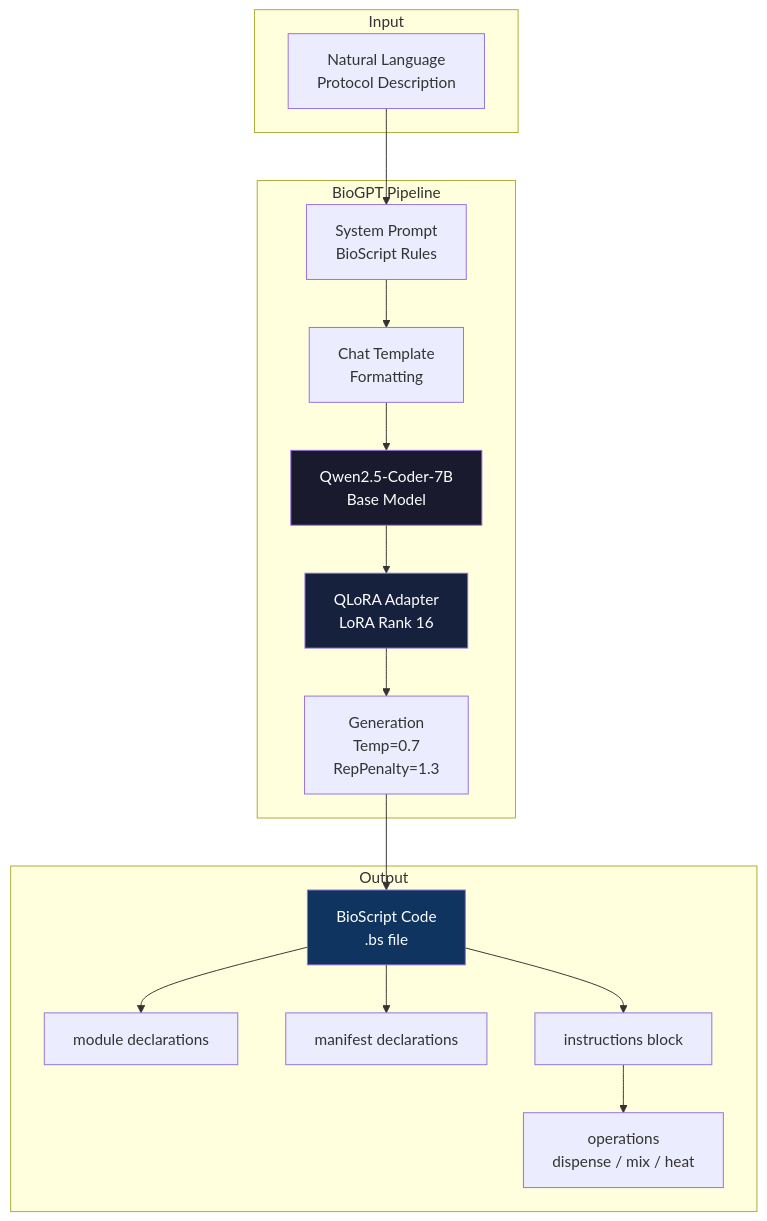
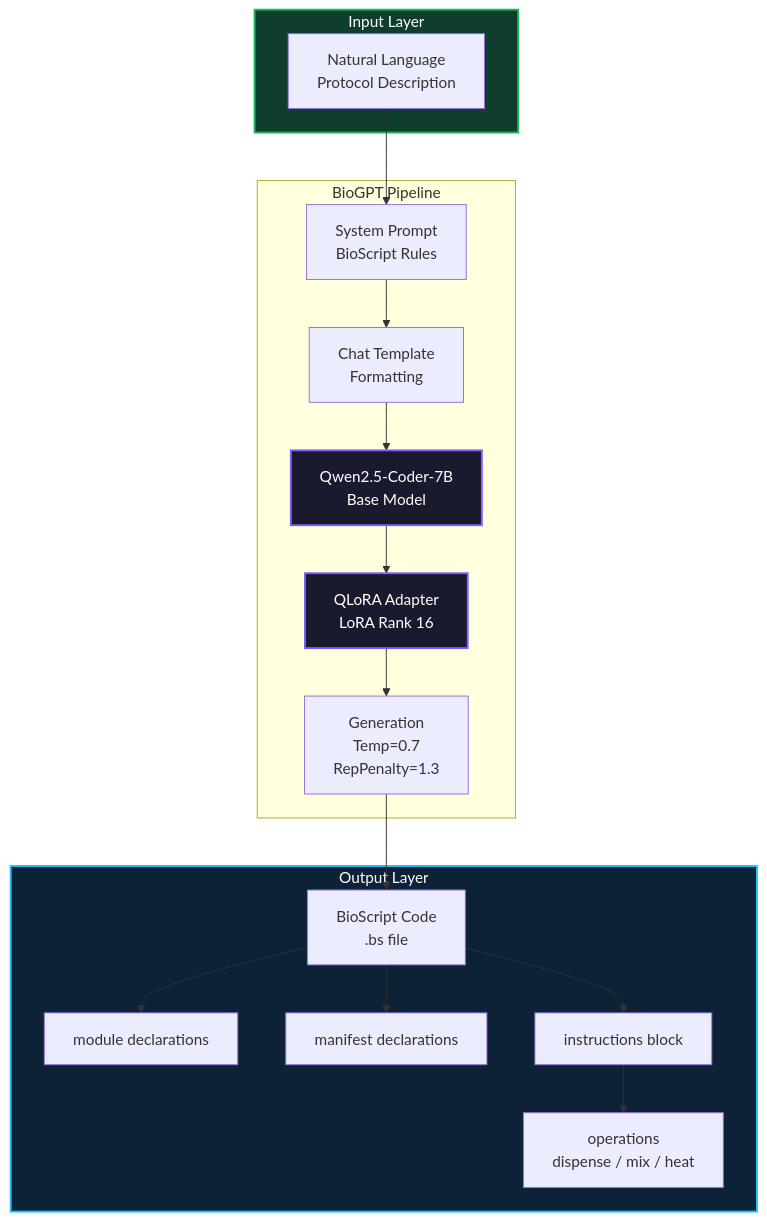
Before and after one commit to IshanGain/BioGPT: the second of 5 diagrams in README.md, drawn with Mermaid. The commit also changed other lines of this file, not shown here.

First line of the commit message:
Enhance README with images and formatting updates

````diff
--- a/README.md
+++ b/README.md
@@ -73,31 +231,32 @@
 ```mermaid
 flowchart TD
-    subgraph Input
-        A[Natural Language\nProtocol Description]
+    subgraph INPUT["Input Layer"]
+        A["Natural Language\nProtocol Description"]
     end
 
     subgraph BioGPT Pipeline
-        B[System Prompt\nBioScript Rules]
-        C[Chat Template\nFormatting]
-        D[Qwen2.5-Coder-7B\nBase Model]
-        E[QLoRA Adapter\nLoRA Rank 16]
-        F[Generation\nTemp=0.7\nRepPenalty=1.3]
+        B["System Prompt\nBioScript Rules"]
+        C["Chat Template\nFormatting"]
+        D["Qwen2.5-Coder-7B\nBase Model"]
+        E["QLoRA Adapter\nLoRA Rank 16"]
+        F["Generation\nTemp=0.7\nRepPenalty=1.3"]
     end
 
-    subgraph Output
-        G[BioScript Code\n.bs file]
-        H[module declarations]
-        I[manifest declarations]
-        J[instructions block]
-        K[operations\ndispense / mix / heat]
+    subgraph OUTPUT["Output Layer"]
+        G["BioScript Code\n.bs file"]
+        H["module declarations"]
+        I["manifest declarations"]
+        J["instructions block"]
+        K["operations\ndispense / mix / heat"]
     end
 
     A --> B --> C --> D
     D --> E --> F --> G
     G --> H & I & J
     J --> K
 
-    style D fill:#1a1a2e,color:#fff
-    style E fill:#16213e,color:#fff
-    style G fill:#0f3460,color:#fff
+    style INPUT fill:#0f3d2e,color:#fff,stroke:#1DB954,stroke-width:2px
+    style OUTPUT fill:#0d2137,color:#fff,stroke:#20BEFF,stroke-width:2px
+    style D fill:#1a1a2e,color:#fff,stroke:#7B61FF,stroke-width:2px
+    style E fill:#1a1a2e,color:#fff,stroke:#7B61FF,stroke-width:2px
 ```
````
